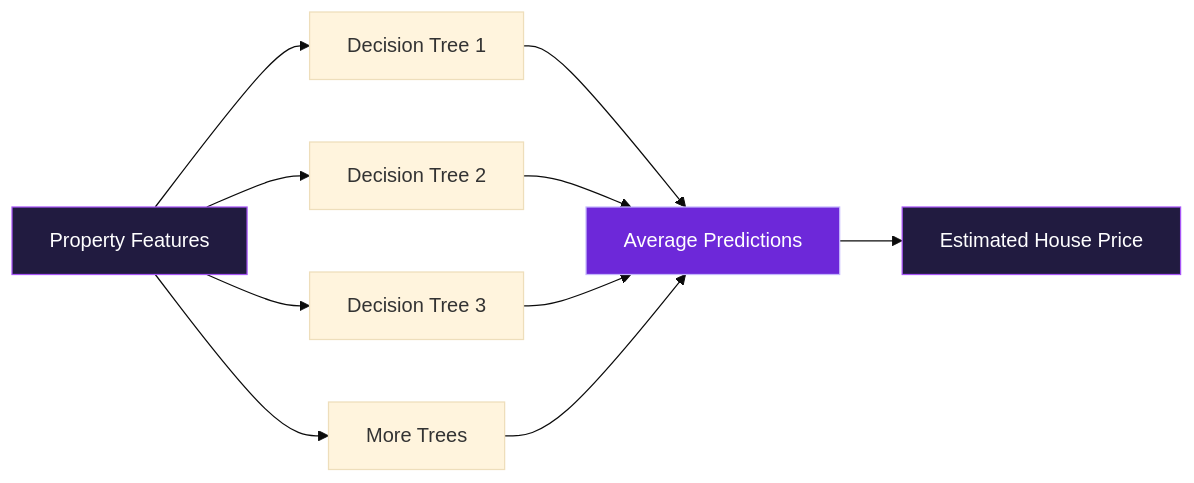
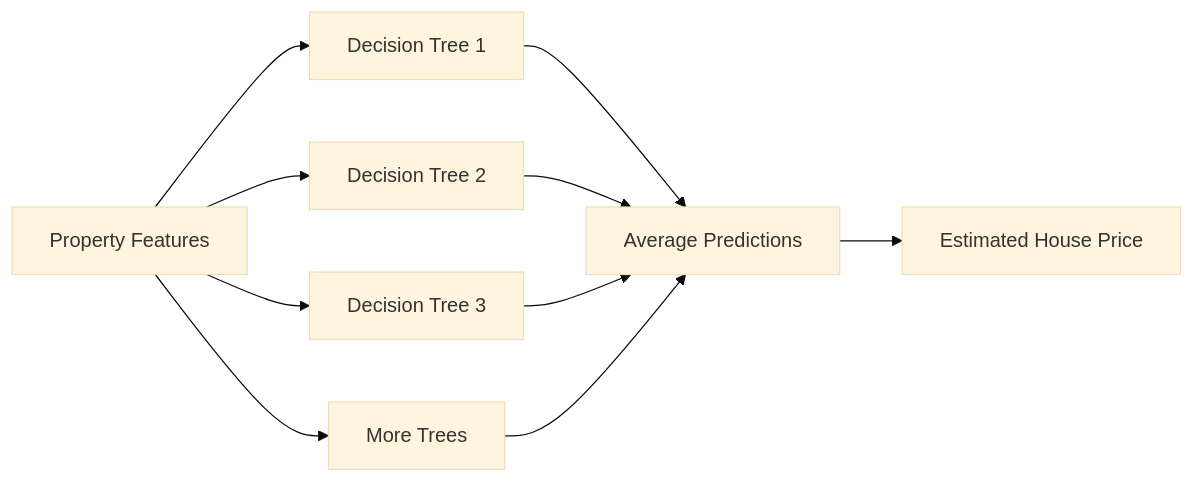
The second of 2 diagrams in Project 2/redme.md (vishumovaliya53-cmyk/Supervised-Learning), drawn with Mermaid (base theme) before and after one commit. The commit also changed other lines of this file and 1 other file, not shown here.

````diff
--- a/Project 2/redme.md
+++ b/Project 2/redme.md
@@ -189,16 +199,12 @@
 ```mermaid
 flowchart LR
     A["Property Features"] --> B["Decision Tree 1"]
     A --> C["Decision Tree 2"]
     A --> D["Decision Tree 3"]
     A --> E["More Trees"]
     B --> F["Average Predictions"]
     C --> F
     D --> F
     E --> F
     F --> G["Estimated House Price"]
-
-    style A fill:#211B40,stroke:#A855F7,color:#FFFFFF
-    style F fill:#6D28D9,stroke:#C4B5FD,color:#FFFFFF
-    style G fill:#211B40,stroke:#A855F7,color:#FFFFFF
 ```
````
